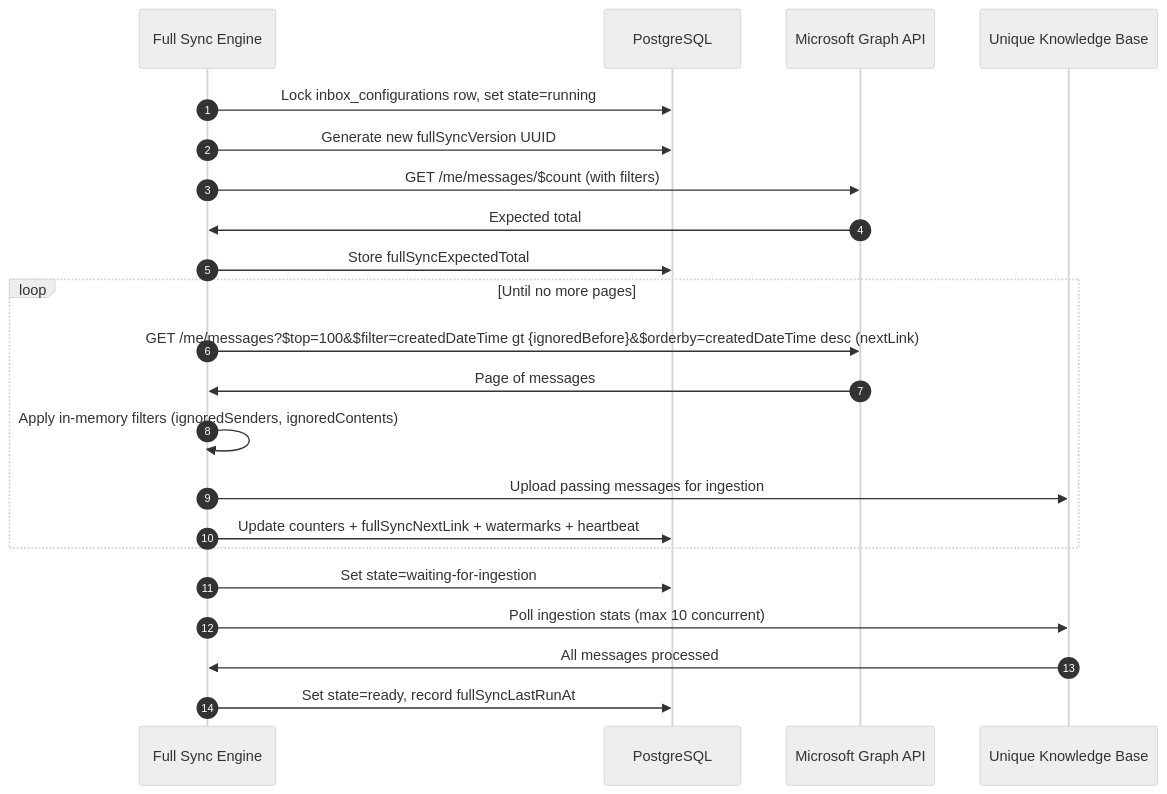
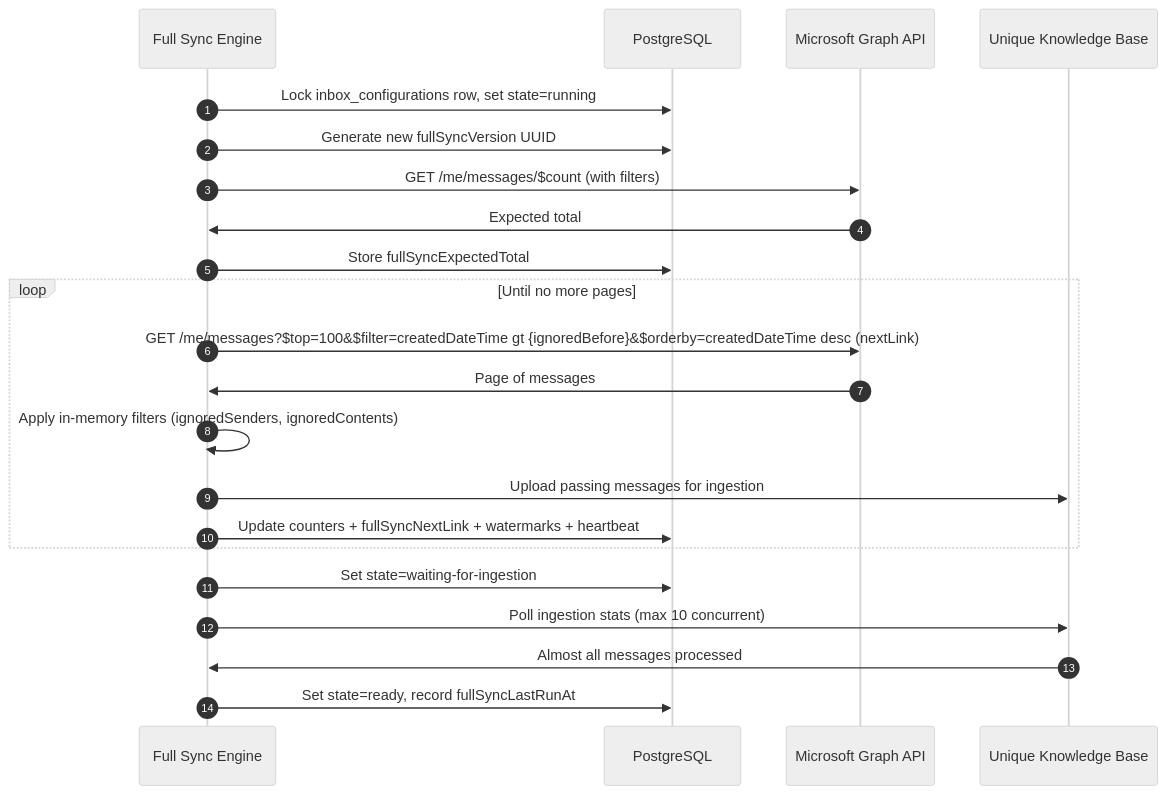
The second of 2 diagrams in services/outlook-semantic-mcp/docs/technical/full-sync.md (Unique-AG/connectors), drawn with Mermaid before and after one commit. The commit also changed other lines of this file and 4 other files, not shown here.

````diff
--- a/services/outlook-semantic-mcp/docs/technical/full-sync.md
+++ b/services/outlook-semantic-mcp/docs/technical/full-sync.md
@@ -64,28 +64,28 @@
 ```mermaid
 %%{init: {'theme': 'neutral', 'themeVariables': { 'fontSize': '14px' }}}%%
 sequenceDiagram
     autonumber
     participant FullSync as Full Sync Engine
     participant DB as PostgreSQL
     participant MSGraph as Microsoft Graph API
     participant UniqueKB as Unique Knowledge Base
 
     FullSync->>DB: Lock inbox_configurations row, set state=running
     FullSync->>DB: Generate new fullSyncVersion UUID
     FullSync->>MSGraph: GET /me/messages/$count (with filters)
     MSGraph->>FullSync: Expected total
     FullSync->>DB: Store fullSyncExpectedTotal
 
     loop Until no more pages
         FullSync->>MSGraph: GET /me/messages?$top=100&$filter=createdDateTime gt {ignoredBefore}&$orderby=createdDateTime desc (nextLink)
         MSGraph->>FullSync: Page of messages
         FullSync->>FullSync: Apply in-memory filters (ignoredSenders, ignoredContents)
         FullSync->>UniqueKB: Upload passing messages for ingestion
         FullSync->>DB: Update counters + fullSyncNextLink + watermarks + heartbeat
     end
 
     FullSync->>DB: Set state=waiting-for-ingestion
     FullSync->>UniqueKB: Poll ingestion stats (max 10 concurrent)
-    UniqueKB->>FullSync: All messages processed
+    UniqueKB->>FullSync: Almost all messages processed
     FullSync->>DB: Set state=ready, record fullSyncLastRunAt
 ```
````
